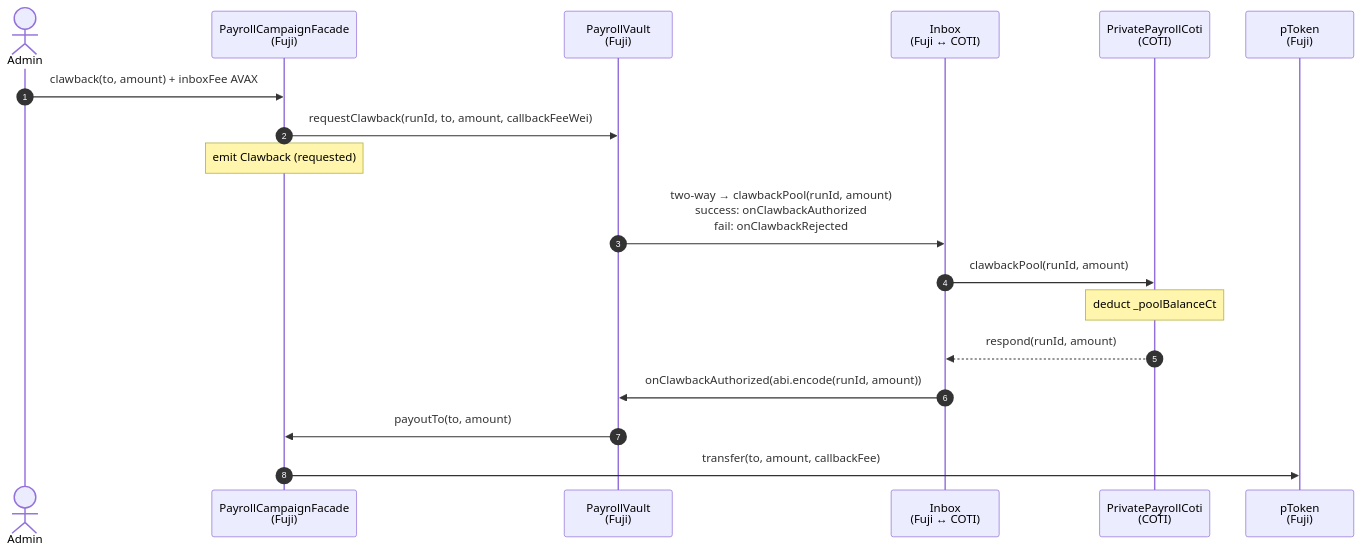
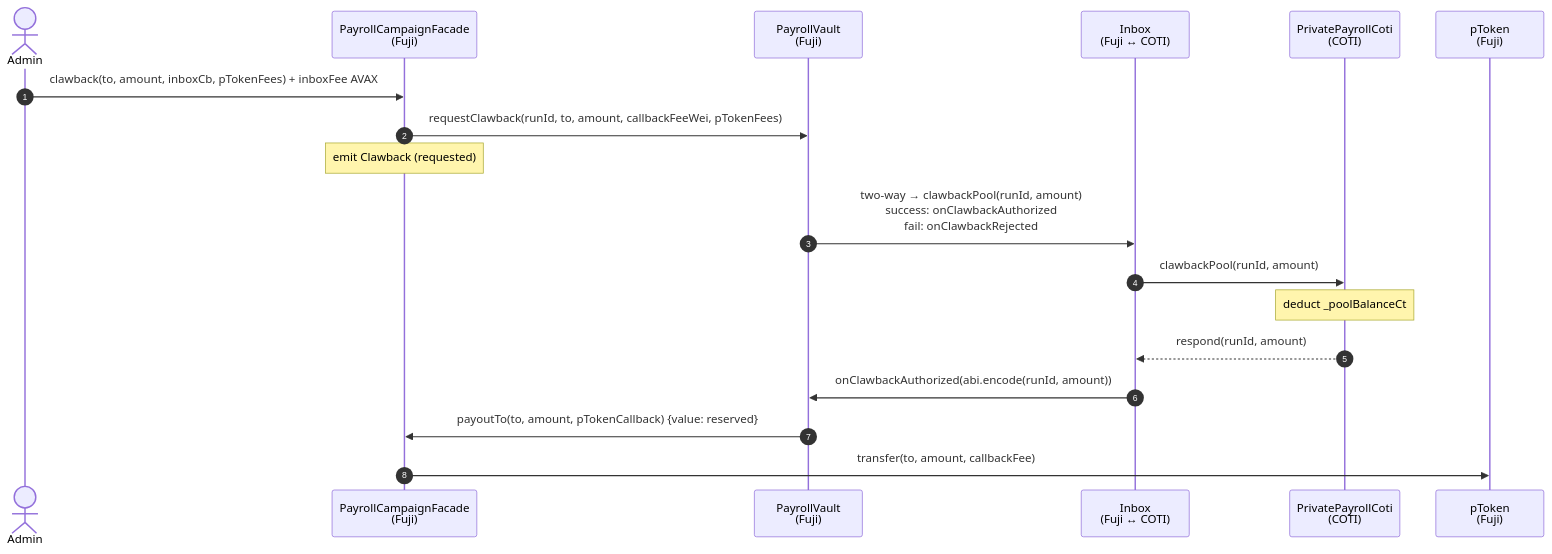
Before and after one commit to coti-io/pod-dapp-ports: the fifth of 6 diagrams in sablier-payroll-pod/docs/USER_FLOWS.md, drawn with Mermaid. The commit also changed other lines of this file and 21 other files, not shown here.

````diff
--- a/sablier-payroll-pod/docs/USER_FLOWS.md
+++ b/sablier-payroll-pod/docs/USER_FLOWS.md
@@ -162,24 +162,24 @@
 ```mermaid
 sequenceDiagram
   autonumber
   actor Admin
   participant Facade as PayrollCampaignFacade<br/>(Fuji)
   participant Vault as PayrollVault<br/>(Fuji)
   participant Inbox as Inbox<br/>(Fuji ↔ COTI)
   participant PPC as PrivatePayrollCoti<br/>(COTI)
   participant pToken as pToken<br/>(Fuji)
 
-  Admin->>Facade: clawback(to, amount) + inboxFee AVAX
-  Facade->>Vault: requestClawback(runId, to, amount, callbackFeeWei)
+  Admin->>Facade: clawback(to, amount, inboxCb, pTokenFees) + inboxFee AVAX
+  Facade->>Vault: requestClawback(runId, to, amount, callbackFeeWei, pTokenFees)
   Note over Facade: emit Clawback (requested)
 
   Vault->>Inbox: two-way → clawbackPool(runId, amount)<br/>success: onClawbackAuthorized<br/>fail: onClawbackRejected
 
   Inbox->>PPC: clawbackPool(runId, amount)
   Note over PPC: deduct _poolBalanceCt
   PPC-->>Inbox: respond(runId, amount)
 
   Inbox->>Vault: onClawbackAuthorized(abi.encode(runId, amount))
-  Vault->>Facade: payoutTo(to, amount)
+  Vault->>Facade: payoutTo(to, amount, pTokenCallback) {value: reserved}
   Facade->>pToken: transfer(to, amount, callbackFee)
 ```
````
